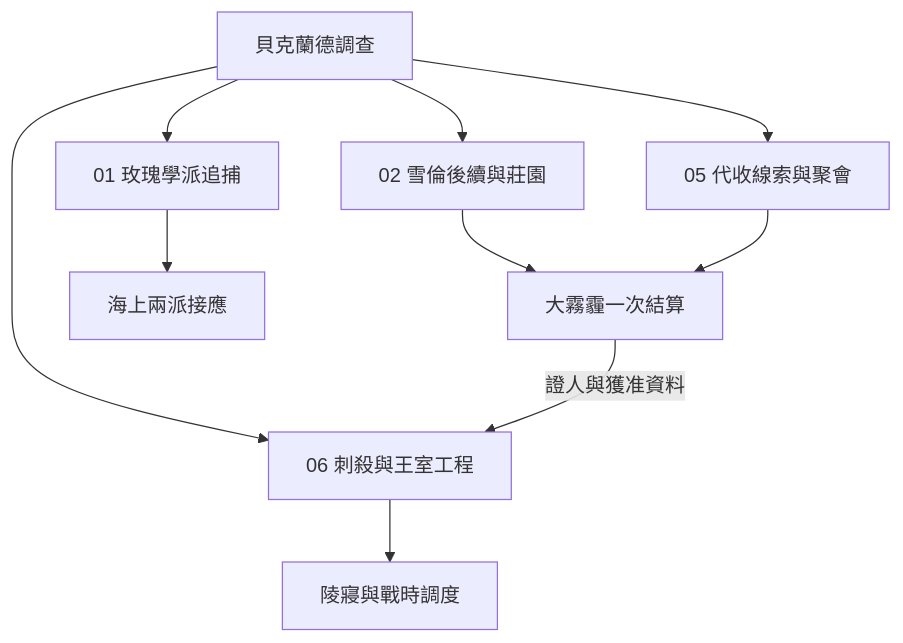
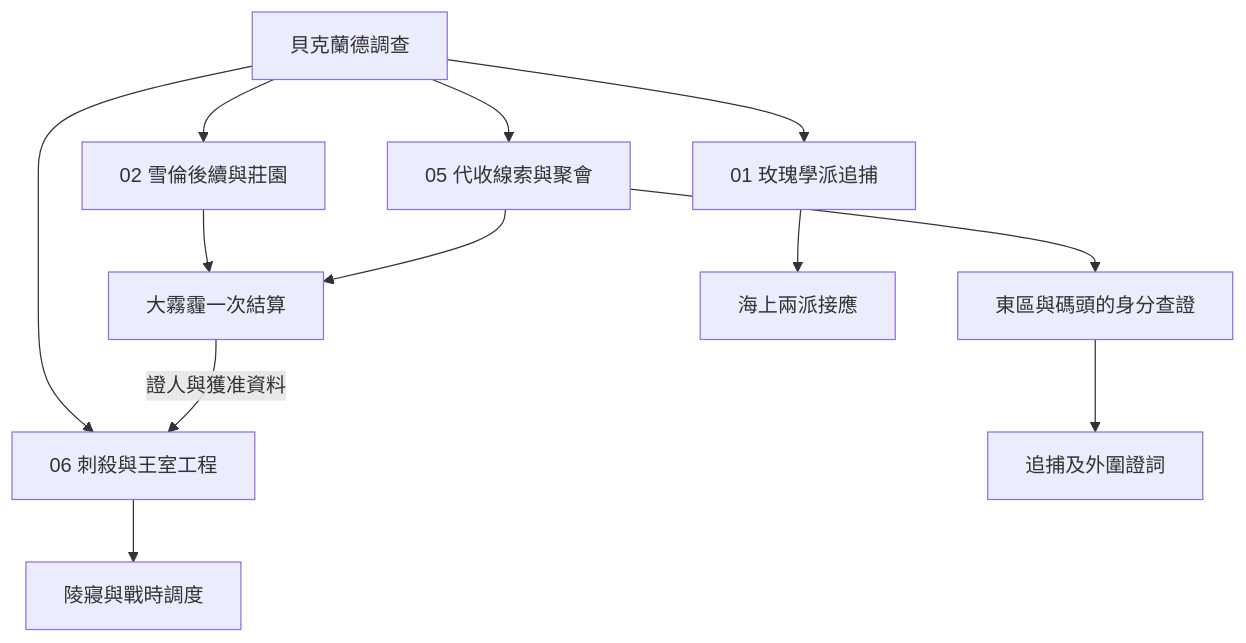
One commit to dragon961204-cmd/- changed the third of 7 diagrams in game/events/part_one_story_tree.md. Above: the diagram before and after it, drawn with Mermaid. The commit also changed other lines of this file, not shown here.

Commit message:
Index the docks story and record the remaining first-part writing estimate

````diff
--- a/game/events/part_one_story_tree.md
+++ b/game/events/part_one_story_tree.md
@@ -49,12 +49,14 @@
 ```mermaid
 flowchart TD
     A["貝克蘭德調查"] --> B["02 雪倫後續與莊園"]
     A --> C["05 代收線索與聚會"]
     A --> D["01 玫瑰學派追捕"]
     A --> E["06 刺殺與王室工程"]
+    C --> I["東區與碼頭的身分查證"]
+    I --> J["追捕及外圍證詞"]
     B --> F["大霧霾一次結算"]
     C --> F
     F -->|"證人與獲准資料"| E
     D --> G["海上兩派接應"]
     E --> H["陵寢與戰時調度"]
 ```
````
